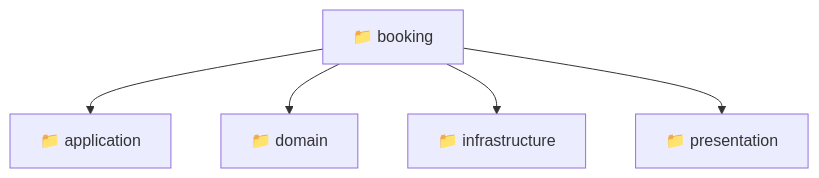
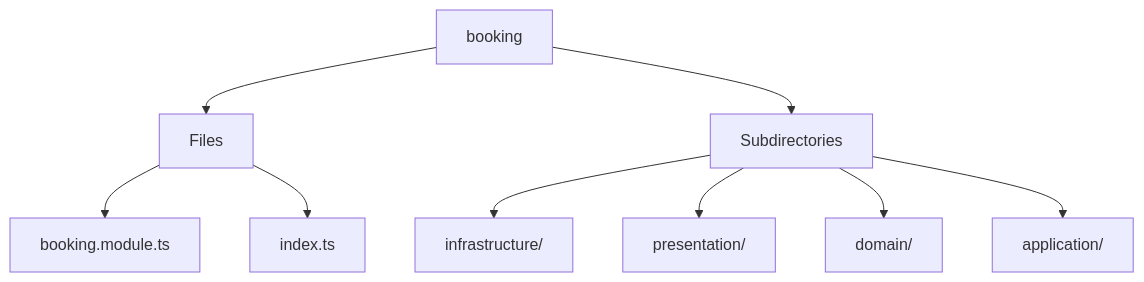
The diagram in backend/src/modules/booking/README.md (beginwebdev2002/fullstack-mavluda), drawn with Mermaid before and after one commit. The commit also changed other lines of this file and 167 other files, not shown here.

````diff
--- a/backend/src/modules/booking/README.md
+++ b/backend/src/modules/booking/README.md
@@ -9,8 +12,11 @@
 ```mermaid
 graph TD
-  booking["📁 booking"]
-  booking --> application["📁 application"]
-  booking --> domain["📁 domain"]
-  booking --> infrastructure["📁 infrastructure"]
-  booking --> presentation["📁 presentation"]
+  booking --> Files
+  Files --> booking_module_ts[booking.module.ts]
+  Files --> index_ts[index.ts]
+  booking --> Subdirectories
+  Subdirectories --> infrastructure[infrastructure/]
+  Subdirectories --> presentation[presentation/]
+  Subdirectories --> domain[domain/]
+  Subdirectories --> application[application/]
 ```
````
